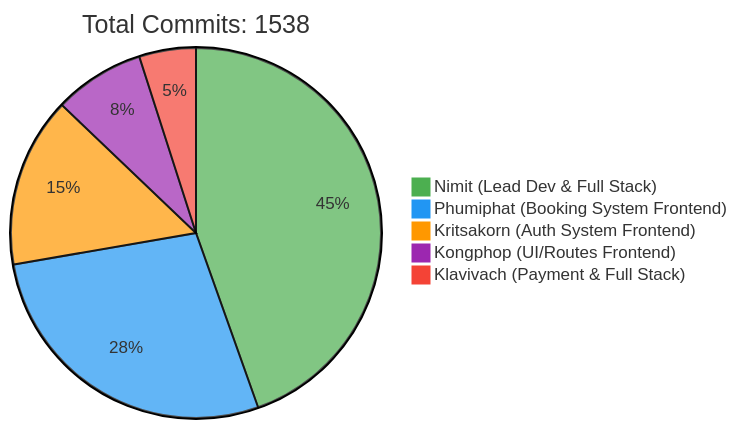
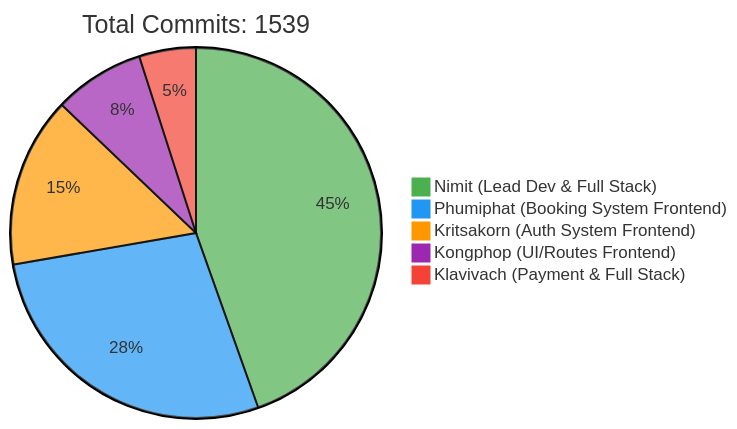
The first of 2 diagrams in README.md (6531503042/Sport-Complex), drawn with Mermaid before and after one commit. The commit also changed other lines of this file, not shown here.

Commit message:
docs: Update contributor statistics [skip ci]

````diff
--- a/README.md
+++ b/README.md
@@ -257,10 +257,10 @@
 ```mermaid
 %%{init: {'theme': 'base', 'themeVariables': { 'pie1': '#4CAF50', 'pie2': '#2196F3', 'pie3': '#FF9800', 'pie4': '#9C27B0', 'pie5': '#F44336'}}}%%
 pie
-    title Total Commits: 1538
+    title Total Commits: 1539
     "Nimit (Lead Dev & Full Stack)" : 450
     "Phumiphat (Booking System Frontend)" : 280
     "Kritsakorn (Auth System Frontend)" : 150
     "Kongphop (UI/Routes Frontend)" : 80
     "Klavivach (Payment & Full Stack)" : 50
 ```
````
